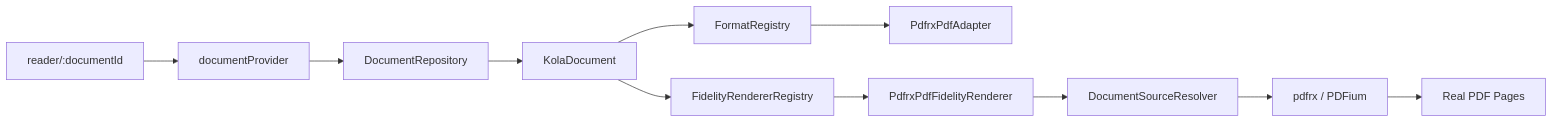
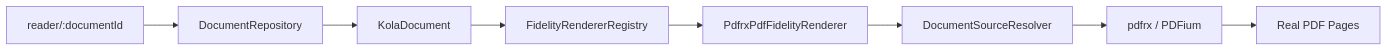
Before and after one commit to aaditya140103/kola: the third of 11 diagrams in docs/PROJECT_GRAPH.md, drawn with Mermaid. The commit also changed other lines of this file, not shown here.

Commit message:
docs: add reader state persistence loop to project graph

````diff
--- a/docs/PROJECT_GRAPH.md
+++ b/docs/PROJECT_GRAPH.md
@@ -76,19 +47,13 @@
 ```mermaid
 flowchart LR
     Route[reader/:documentId]
-    Provider[documentProvider]
     Repo[DocumentRepository]
     Doc[KolaDocument]
-    Cap[FormatRegistry]
-    Renderers[FidelityRendererRegistry]
+    Fidelity[FidelityRendererRegistry]
     Resolver[DocumentSourceResolver]
-    PdfAdapter[PdfrxPdfAdapter]
-    PdfView[PdfrxPdfFidelityRenderer]
+    View[PdfrxPdfFidelityRenderer]
     PDFium[pdfrx / PDFium]
     Pages[Real PDF Pages]
 
-    Route --> Provider --> Repo --> Doc
-    Doc --> Cap --> PdfAdapter
-    Doc --> Renderers --> PdfView
-    PdfView --> Resolver --> PDFium --> Pages
+    Route --> Repo --> Doc --> Fidelity --> View --> Resolver --> PDFium --> Pages
 ```
````
